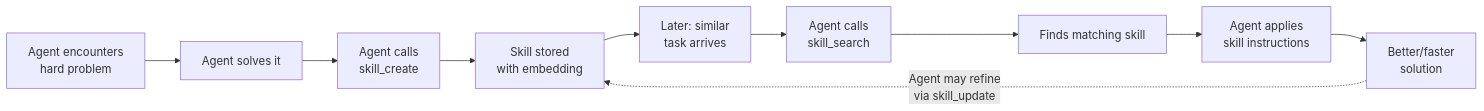
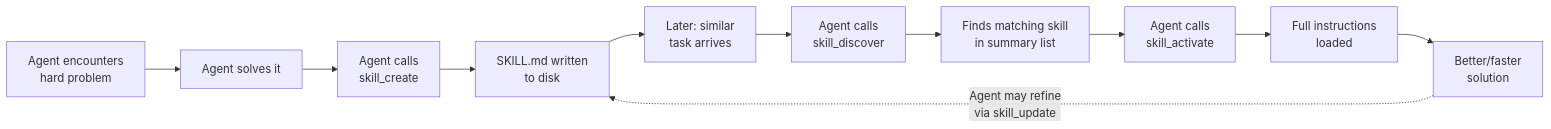
The sixth of 6 diagrams in docs/guides/skills.md (nevindra/oasis), drawn with Mermaid before and after one commit. The commit also changed other lines of this file and 22 other files, not shown here.

````diff
--- a/docs/guides/skills.md
+++ b/docs/guides/skills.md
@@ -222,12 +241,13 @@
 ```mermaid
 flowchart LR
     A["Agent encounters<br>hard problem"] --> B["Agent solves it"]
     B --> C["Agent calls<br>skill_create"]
-    C --> D["Skill stored<br>with embedding"]
+    C --> D["SKILL.md written<br>to disk"]
     D --> E["Later: similar<br>task arrives"]
-    E --> F["Agent calls<br>skill_search"]
-    F --> G["Finds matching skill"]
-    G --> H["Agent applies<br>skill instructions"]
-    H --> I["Better/faster<br>solution"]
-    I -.->|"Agent may refine<br>via skill_update"| D
+    E --> F["Agent calls<br>skill_discover"]
+    F --> G["Finds matching skill<br>in summary list"]
+    G --> H["Agent calls<br>skill_activate"]
+    H --> I["Full instructions<br>loaded"]
+    I --> J["Better/faster<br>solution"]
+    J -.->|"Agent may refine<br>via skill_update"| D
 ```
````
